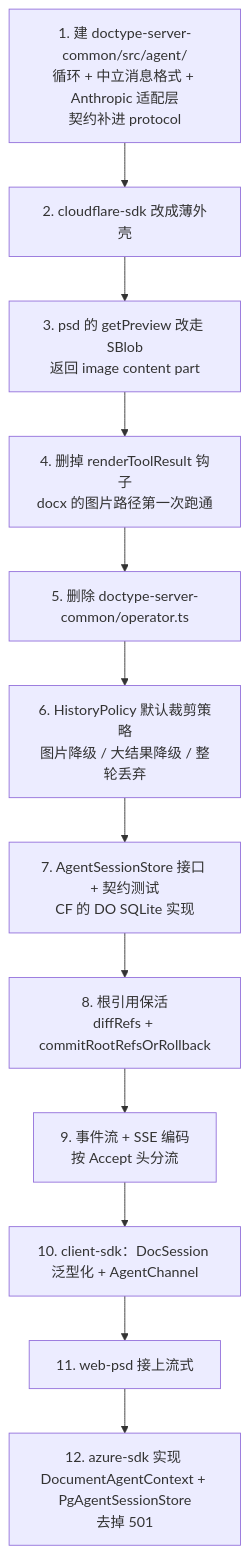
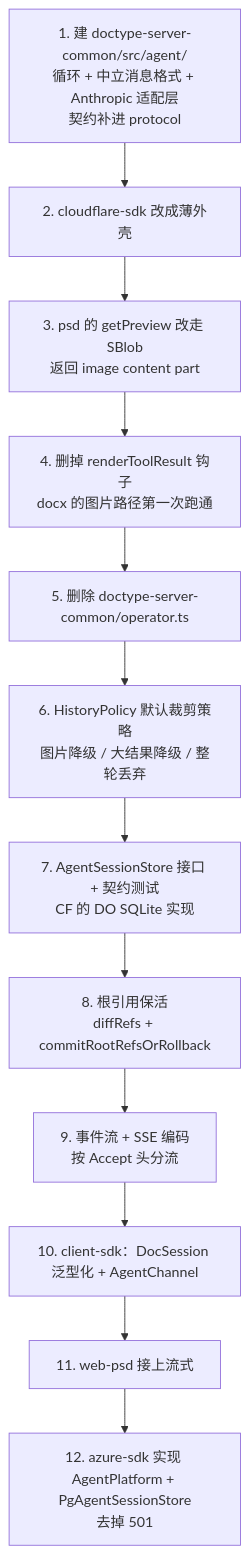
Before and after one commit to shazhou-ww/unidocs: diagram 15 of 15 in docs/superpowers/specs/2026-08-26-agent-sdk-design.md, drawn with Mermaid. The commit also changed other lines of this file, not shown here.

First line of the commit message:
docs(agent-sdk): DocumentAgentContext 改名 DocumentAgentRuntime,并拆出 readBlob

````diff
--- a/docs/superpowers/specs/2026-08-26-agent-sdk-design.md
+++ b/docs/superpowers/specs/2026-08-26-agent-sdk-design.md
@@ -1350,14 +1385,14 @@
 ```mermaid
 flowchart TB
     S1["1. 建 doctype-server-common/src/agent/<br/>循环 + 中立消息格式 + Anthropic 适配层<br/>契约补进 protocol"] --> S2["2. cloudflare-sdk 改成薄外壳"]
     S2 --> S3["3. psd 的 getPreview 改走 SBlob<br/>返回 image content part"]
     S3 --> S4["4. 删掉 renderToolResult 钩子<br/>docx 的图片路径第一次跑通"]
     S4 --> S5["5. 删除 doctype-server-common/operator.ts"]
     S5 --> S6["6. HistoryPolicy 默认裁剪策略<br/>图片降级 / 大结果降级 / 整轮丢弃"]
     S6 --> S7["7. AgentSessionStore 接口 + 契约测试<br/>CF 的 DO SQLite 实现"]
     S7 --> S8["8. 根引用保活<br/>diffRefs + commitRootRefsOrRollback"]
     S8 --> S9["9. 事件流 + SSE 编码<br/>按 Accept 头分流"]
     S9 --> S10["10. client-sdk：DocSession 泛型化 + AgentChannel"]
     S10 --> S11["11. web-psd 接上流式"]
-    S11 --> S12["12. azure-sdk 实现 DocumentAgentContext + PgAgentSessionStore<br/>去掉 501"]
+    S11 --> S12["12. azure-sdk 实现 AgentPlatform + PgAgentSessionStore<br/>去掉 501"]
 ```
````
